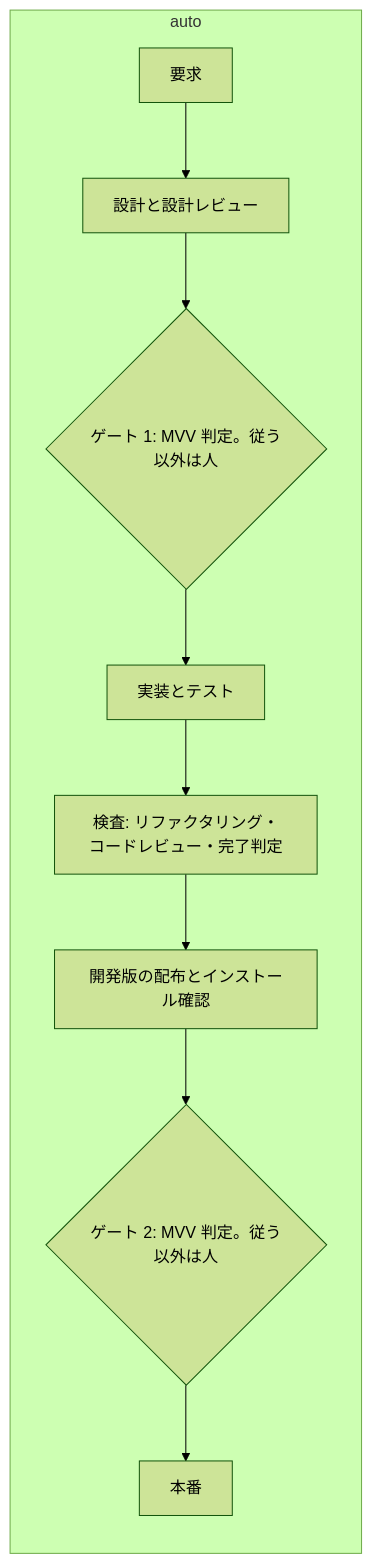
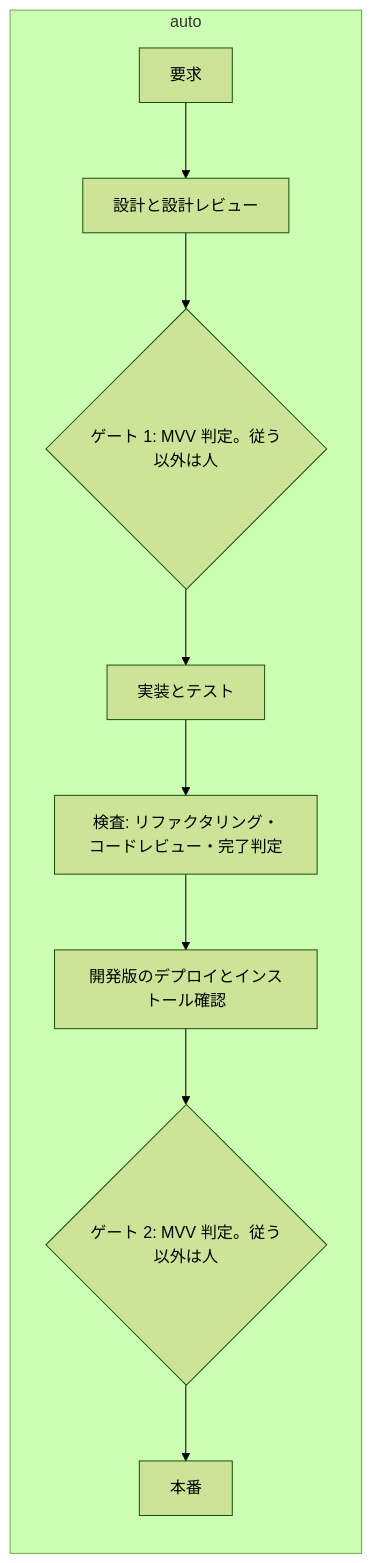
The second of 3 diagrams in plugins/ndf/skills/development-workflow/references/pace.md (devbasex/ai-plugins), drawn with Mermaid (forest theme) before and after one commit. The commit also changed other lines of this file and 107 other files, not shown here.

````diff
--- a/plugins/ndf/skills/development-workflow/references/pace.md
+++ b/plugins/ndf/skills/development-workflow/references/pace.md
@@ -37,8 +37,8 @@
 ```mermaid
 graph LR
     subgraph auto
         A1[要求] --> A2[設計と設計レビュー] --> A3{ゲート 1: MVV 判定。従う以外は人}
         A3 --> A4[実装とテスト] --> A5[検査: リファクタリング・コードレビュー・完了判定]
-        A5 --> A6[開発版の配布とインストール確認] --> A7{ゲート 2: MVV 判定。従う以外は人} --> A8[本番]
+        A5 --> A6[開発版のデプロイとインストール確認] --> A7{ゲート 2: MVV 判定。従う以外は人} --> A8[本番]
     end
 ```
````
